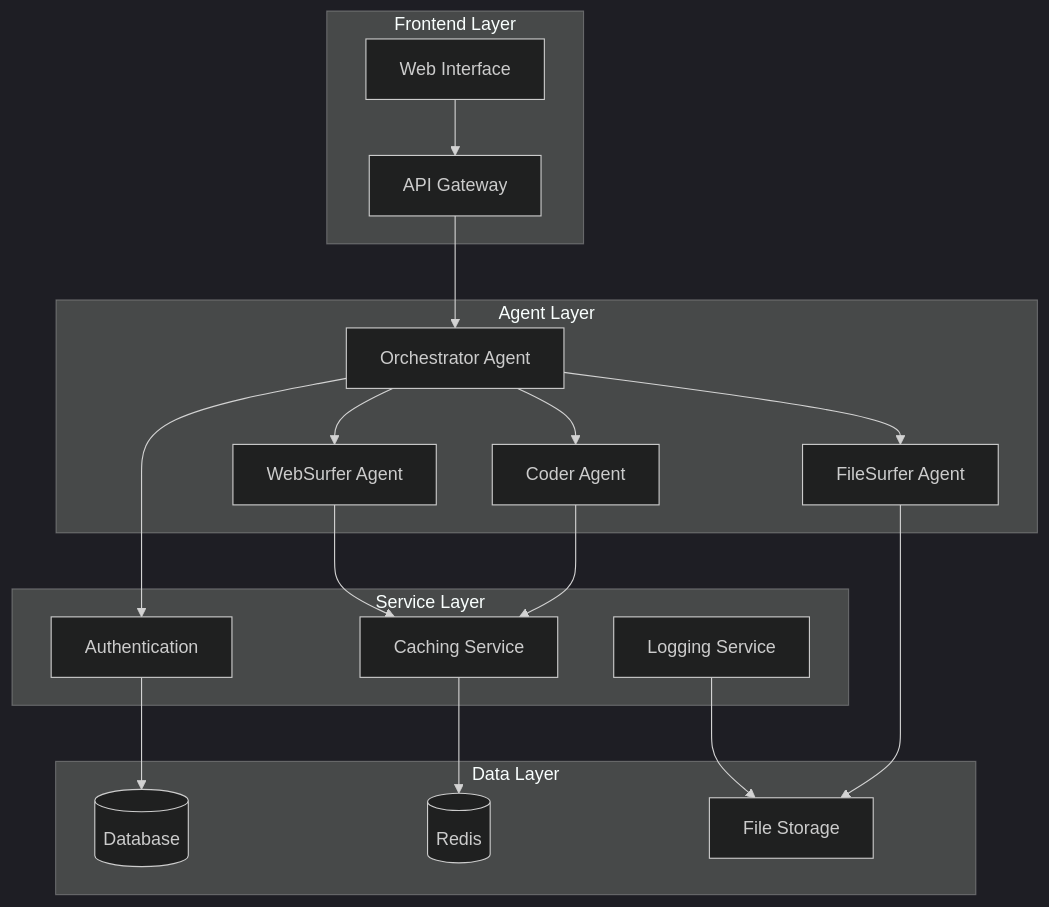
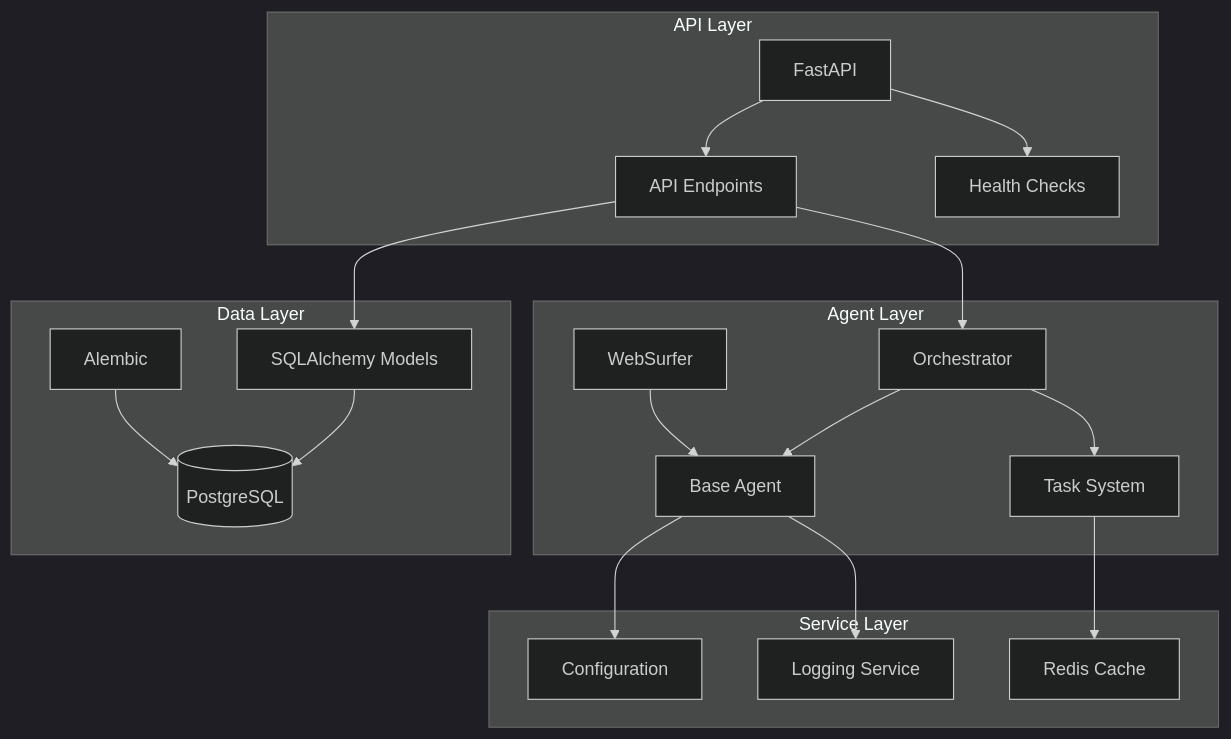
One commit to padak/magnetic changed the third of 5 diagrams in docs/architecture_diagrams.md. Above: the diagram before and after it, drawn with Mermaid (dark theme). The commit also changed other lines of this file and 3 other files, not shown here.

````diff
--- a/docs/architecture_diagrams.md
+++ b/docs/architecture_diagrams.md
@@ -73,42 +68,43 @@
 ```mermaid
 graph TD
-    subgraph "Frontend Layer"
-        UI[Web Interface]
-        API[API Gateway]
+    subgraph "API Layer"
+        FastAPI[FastAPI]
+        Endpoints[API Endpoints]
+        Health[Health Checks]
     end
     
     subgraph "Agent Layer"
-        Orchestrator[Orchestrator Agent]
-        WebSurfer[WebSurfer Agent]
-        Coder[Coder Agent]
-        FileSurfer[FileSurfer Agent]
+        Base[Base Agent]
+        Orchestrator[Orchestrator]
+        WebSurfer[WebSurfer]
+        TaskSystem[Task System]
     end
     
     subgraph "Service Layer"
-        AuthService[Authentication]
-        CacheService[Caching Service]
-        LoggingService[Logging Service]
+        Config[Configuration]
+        Logging[Logging Service]
+        Cache[Redis Cache]
     end
     
     subgraph "Data Layer"
-        DB[(Database)]
-        Cache[(Redis)]
-        FileStore[File Storage]
+        Models[SQLAlchemy Models]
+        Migrations[Alembic]
+        PostgreSQL[(PostgreSQL)]
     end
     
-    UI --> API
-    API --> Orchestrator
+    FastAPI --> Endpoints
+    FastAPI --> Health
     
-    Orchestrator --> AuthService
-    Orchestrator --> WebSurfer
-    Orchestrator --> Coder
-    Orchestrator --> FileSurfer
+    Endpoints --> Orchestrator
+    Orchestrator --> Base
+    WebSurfer --> Base
+    Orchestrator --> TaskSystem
     
-    WebSurfer --> CacheService
-    Coder --> CacheService
-    FileSurfer --> FileStore
+    Base --> Config
+    Base --> Logging
+    TaskSystem --> Cache
     
-    AuthService --> DB
-    CacheService --> Cache
-    LoggingService --> FileStore
+    Endpoints --> Models
+    Models --> PostgreSQL
+    Migrations --> PostgreSQL
 ```
````
